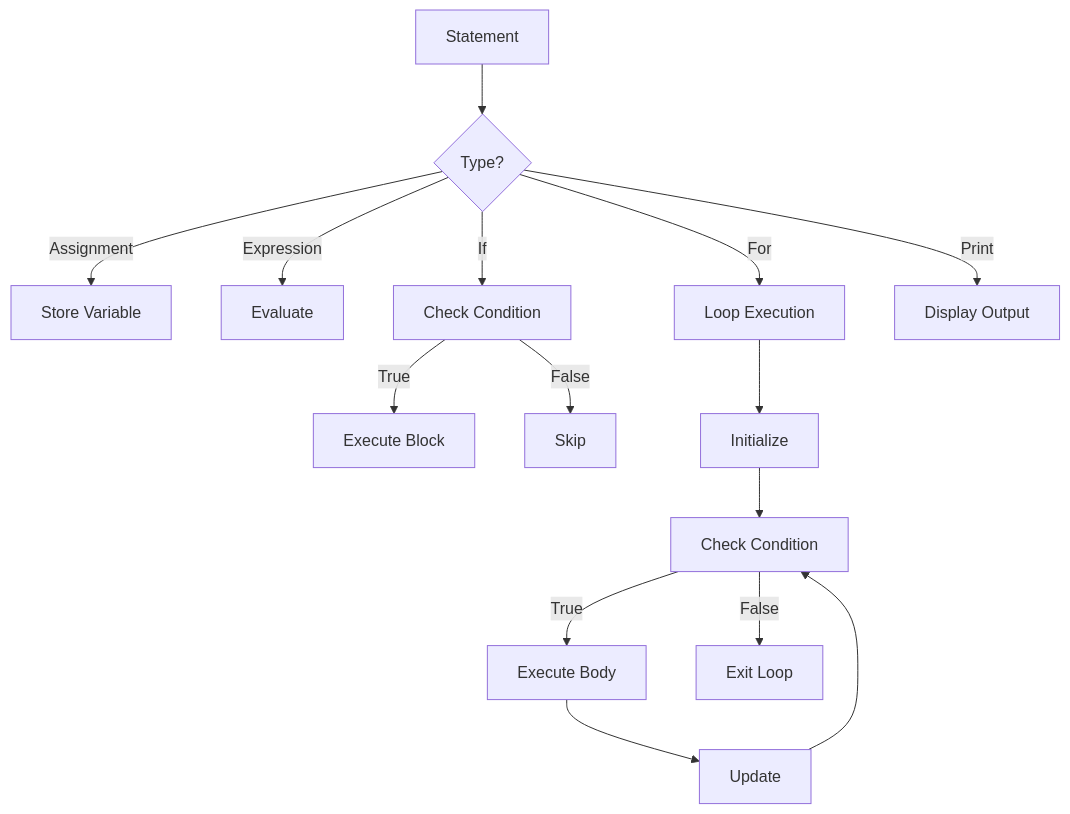
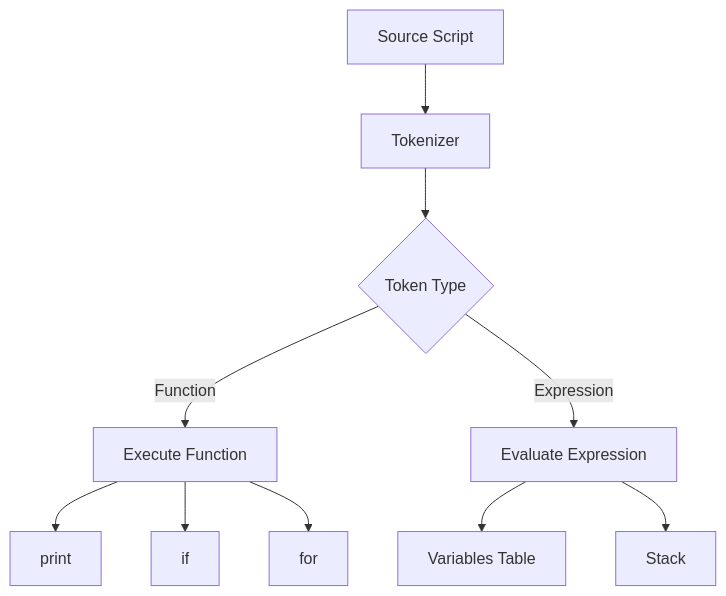
The sixth of 6 diagrams in README.md (avilanorwin/small-language-interpreter-js-implementation), drawn with Mermaid before and after one commit. The commit also changed other lines of this file and 1 other file, not shown here.

````diff
--- a/README.md
+++ b/README.md
@@ -43,20 +104,12 @@
 ```mermaid
 flowchart TD
-    A[Statement] --> B{Type?}
-
-    B -->|Assignment| C[Store Variable]
-    B -->|Expression| D[Evaluate]
-    B -->|If| E[Check Condition]
-    B -->|For| F[Loop Execution]
-    B -->|Print| G[Display Output]
-
-    E -->|True| H[Execute Block]
-    E -->|False| I[Skip]
-
-    F --> J[Initialize]
-    J --> K[Check Condition]
-    K -->|True| L[Execute Body]
-    L --> M[Update]
-    M --> K
-    K -->|False| N[Exit Loop]
+    A[Source Script] --> B[Tokenizer]
+    B --> C{Token Type}
+    C -->|Function| D[Execute Function]
+    C -->|Expression| E[Evaluate Expression]
+    D --> P[print]
+    D --> IF[if]
+    D --> FOR[for]
+    E --> V[Variables Table]
+    E --> S[Stack]
 ```
````
